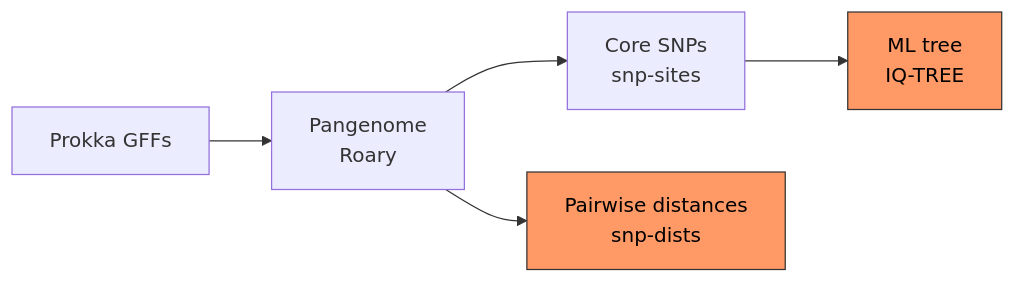
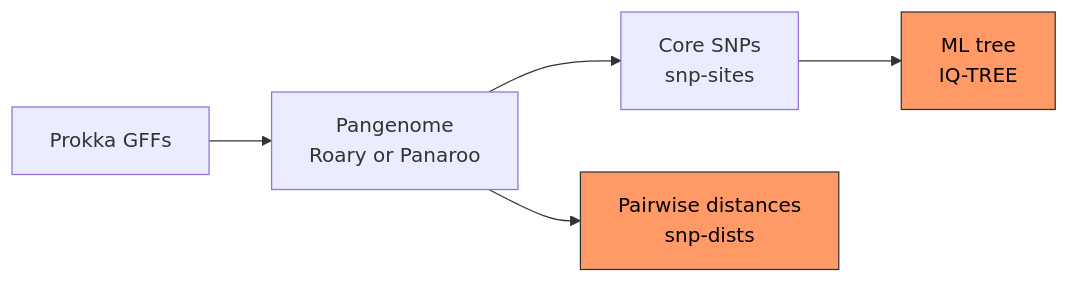
Before and after one commit to BPHL-Molecular/Talbot: the diagram in README.md, drawn with Mermaid. The commit also changed other lines of this file and 6 other files, not shown here.

Commit message:
Update tool versions and add Panaroo as optional pangenome tool

````diff
--- a/README.md
+++ b/README.md
@@ -73,10 +83,10 @@
 ```mermaid
 flowchart LR
-    IN[Prokka GFFs] --> PAN["Pangenome<br/>Roary"]
+    IN[Prokka GFFs] --> PAN["Pangenome<br/>Roary or Panaroo"]
     PAN --> SNP["Core SNPs<br/>snp-sites"]
     PAN --> DIST["Pairwise distances<br/>snp-dists"]
     SNP --> TREE["ML tree<br/>IQ-TREE"]
 
     style TREE fill:#f96,stroke:#333,color:#000
     style DIST fill:#f96,stroke:#333,color:#000
 ```
````
